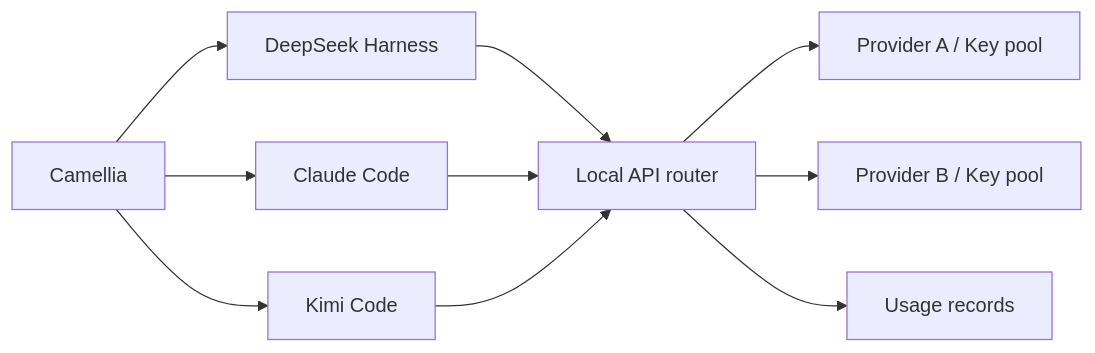
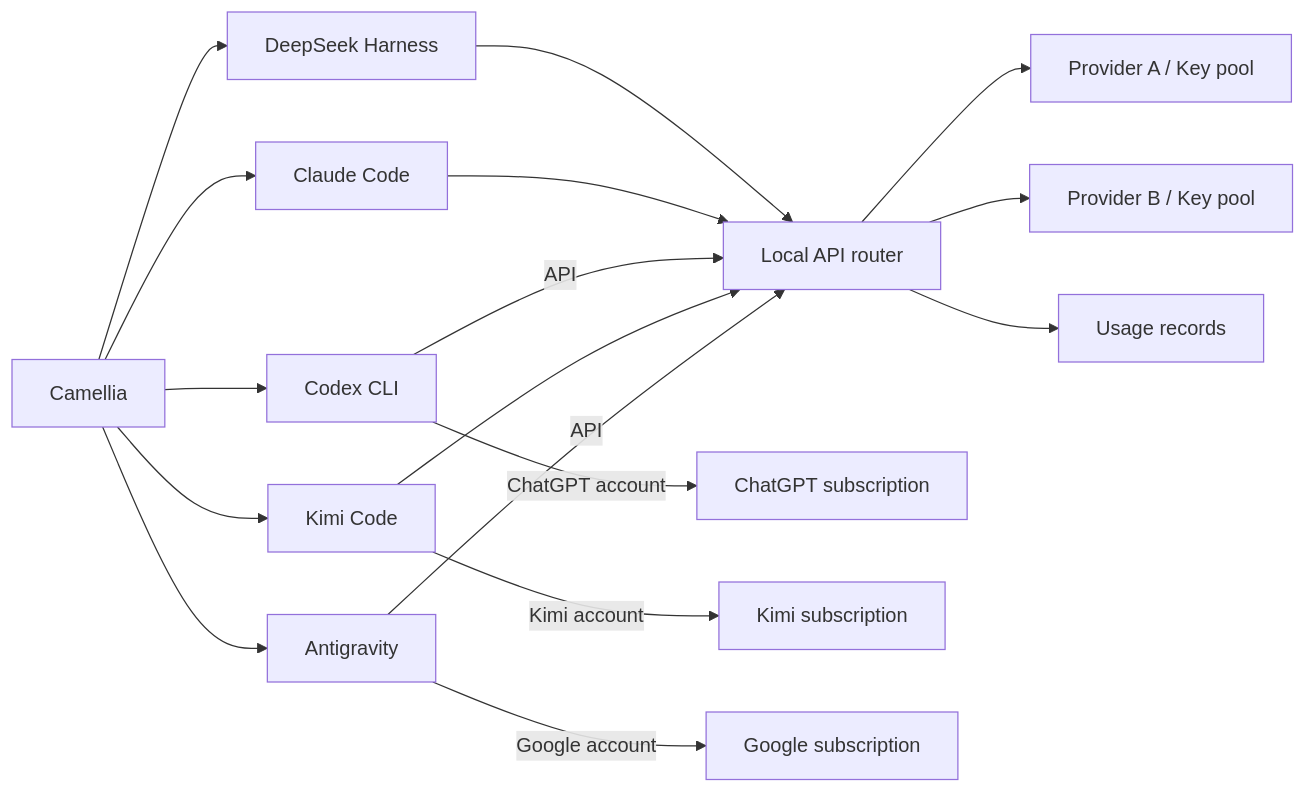
Before and after one commit to chengwang96/Camellia: the diagram in README.md, drawn with Mermaid. The commit also changed other lines of this file and 188 other files, not shown here.

Commit message:
feat: add Codex, Antigravity and shared conversations

````diff
--- a/README.md
+++ b/README.md
@@ -73,12 +155,19 @@
 ```mermaid
 flowchart LR
-    UI[Camellia] --> DSH[DeepSeek Harness]
-    UI --> Claude[Claude Code]
+    UI[Camellia] --> Claude[Claude Code]
+    UI --> Codex[Codex CLI]
+    UI --> DSH[DeepSeek Harness]
     UI --> Kimi[Kimi Code]
+    UI --> Antigravity[Antigravity]
     DSH --> Router[Local API router]
     Claude --> Router
+    Codex -->|API| Router
+    Codex -->|ChatGPT account| ChatGPT[ChatGPT subscription]
     Kimi --> Router
+    Kimi -->|Kimi account| KimiAccount[Kimi subscription]
+    Antigravity -->|API| Router
+    Antigravity -->|Google account| Google[Google subscription]
     Router --> A[Provider A / Key pool]
     Router --> B[Provider B / Key pool]
     Router --> Usage[Usage records]
 ```
````
